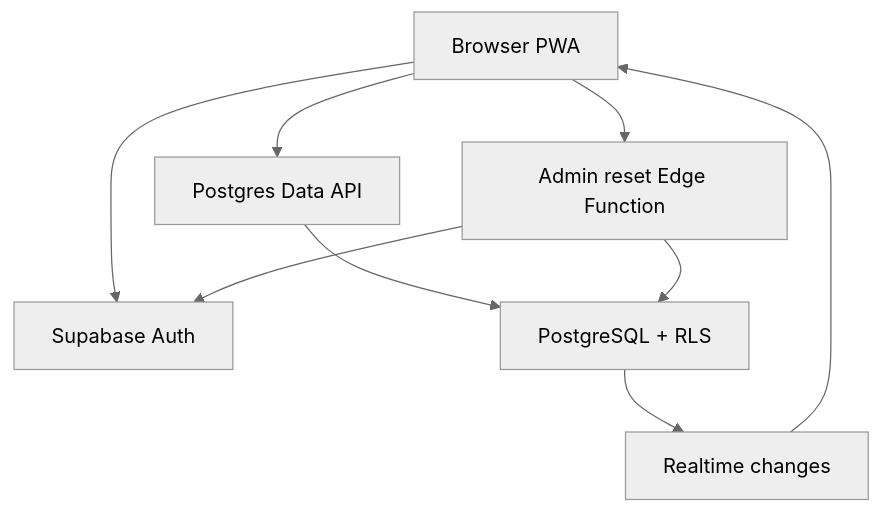
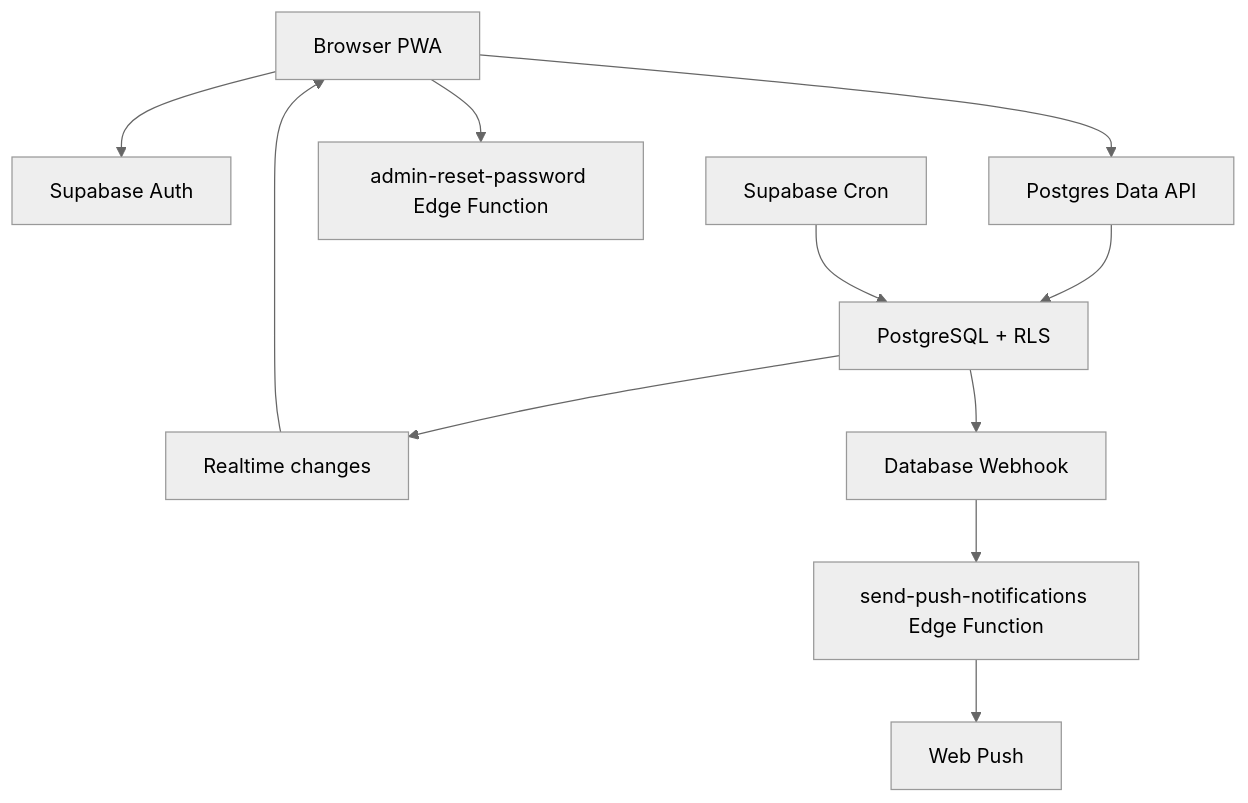
One commit to Teodor4style/flat-trash-rotation-app changed the second of 2 diagrams in README.md. Above: the diagram before and after it, drawn with Mermaid (neutral theme). The commit also changed other lines of this file and 9 other files, not shown here.

First line of the commit message:
Add push notifications and recurring trash reminders

````diff
--- a/README.md
+++ b/README.md
@@ -29,11 +51,13 @@
 ```mermaid
 flowchart TD
     PWA["Browser PWA"] --> Auth["Supabase Auth"]
     PWA --> API["Postgres Data API"]
     API --> RLS["PostgreSQL + RLS"]
     RLS --> RT["Realtime changes"]
     RT --> PWA
-    PWA --> EF["Admin reset Edge Function"]
-    EF --> Auth
-    EF --> RLS
+    PWA --> ResetEF["admin-reset-password Edge Function"]
+    RLS --> WH["Database Webhook"]
+    WH --> PushEF["send-push-notifications Edge Function"]
+    PushEF --> WP["Web Push"]
+    Cron["Supabase Cron"] --> RLS
 ```
````
